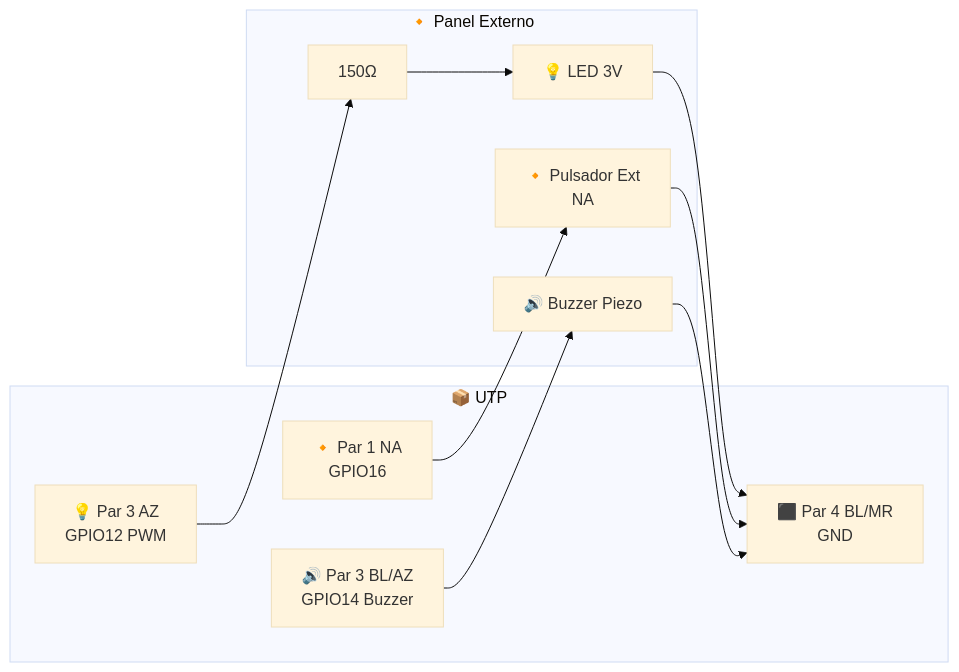
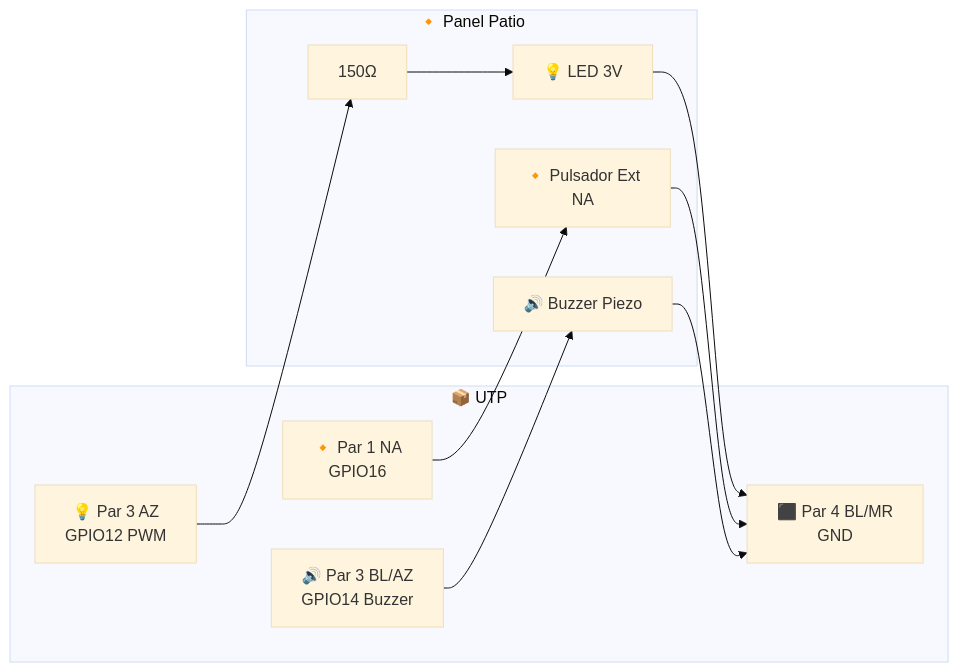
The fourth of 9 diagrams in SYSTEM_DEFINITION.md (abelbour/Abrepuertas), drawn with Mermaid (base theme) before and after one commit. The commit also changed other lines of this file, not shown here.

First line of the commit message:
buzzer: solo salón (con pot), vestíbulo y patio; exterior sin buzzer

````diff
--- a/SYSTEM_DEFINITION.md
+++ b/SYSTEM_DEFINITION.md
@@ -432,20 +444,20 @@
 ```mermaid
 flowchart LR
     subgraph UTP["📦 UTP"]
         NA["🔸 Par 1 NA<br/>GPIO16"]
         AZ["💡 Par 3 AZ<br/>GPIO12 PWM"]
         BLAZ["🔊 Par 3 BL/AZ<br/>GPIO14 Buzzer"]
         GND["⬛ Par 4 BL/MR<br/>GND"]
     end
 
-    subgraph Panel["🔸 Panel Externo"]
+    subgraph Panel["🔸 Panel Patio"]
         NA --> Puls["🔸 Pulsador Ext<br/>NA"]
         Puls --> GND
 
         AZ --> R150[150Ω] --> LED3["💡 LED 3V"]
         LED3 --> GND
 
         BLAZ --> Buz["🔊 Buzzer Piezo"]
         Buz --> GND
     end
 ```
````
